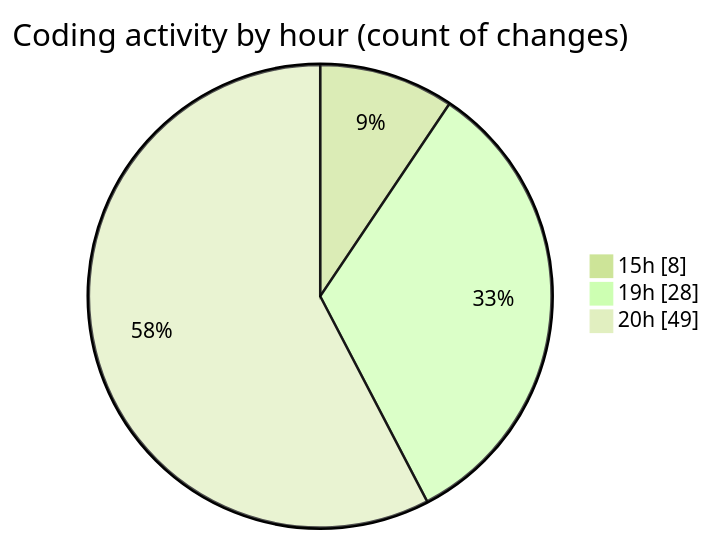
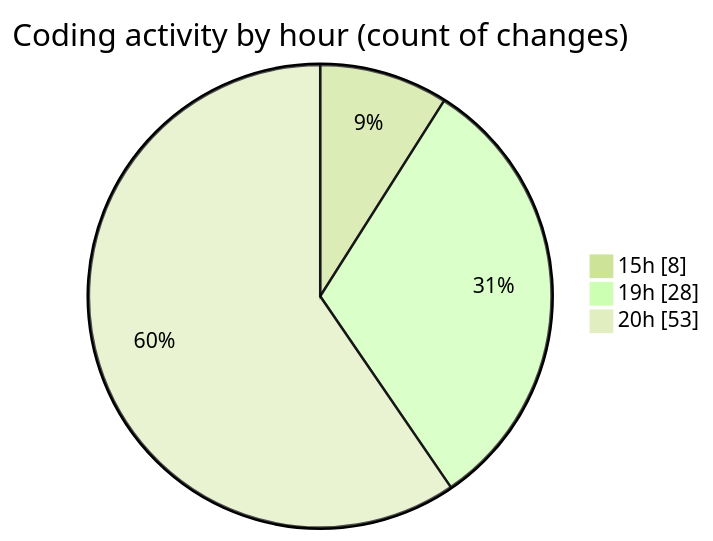
The second of 2 diagrams in 2025-01-26/search/README.md (Ritupan-Deka/code-tracking), drawn with Mermaid (forest theme) before and after one commit. The commit also changed other lines of this file and 1 other file, not shown here.

````diff
--- a/2025-01-26/search/README.md
+++ b/2025-01-26/search/README.md
@@ -31,7 +31,7 @@
 ```mermaid
 pie showData
 title Coding activity by hour (count of changes)
 "15h" : 8
 "19h" : 28
-"20h" : 49
+"20h" : 53
 ```
````
